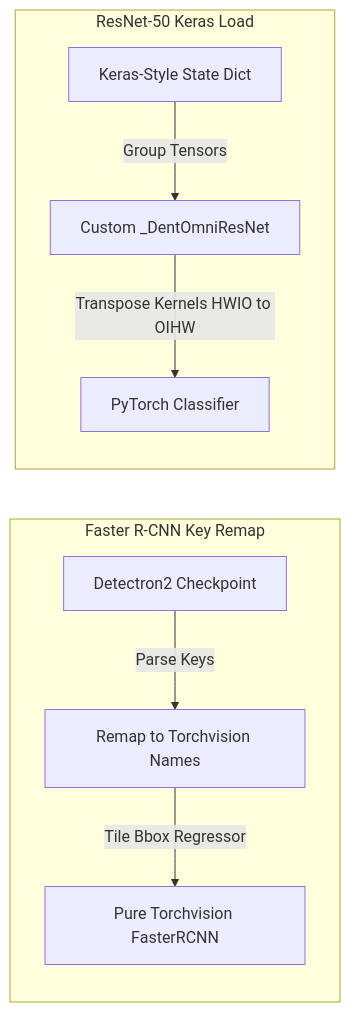
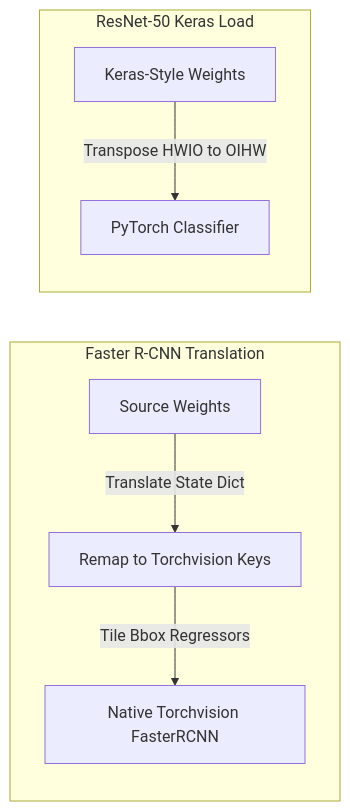
One commit to ShivankXD/DentOmni changed the second of 2 diagrams in README.md. Above: the diagram before and after it, drawn with Mermaid. The commit also changed other lines of this file, not shown here.

````diff
--- a/README.md
+++ b/README.md
@@ -76,11 +59,10 @@
 ```mermaid
 flowchart LR
-    subgraph Faster R-CNN Key Remap
-    d2[Detectron2 Checkpoint] -->|Parse Keys| map[Remap to Torchvision Names]
-    map -->|Tile Bbox Regressor| tv_frcnn[Pure Torchvision FasterRCNN]
+    subgraph Faster R-CNN Translation
+    sd[Source Weights] -->|Translate State Dict| map[Remap to Torchvision Keys]
+    map -->|Tile Bbox Regressors| tv_frcnn[Native Torchvision FasterRCNN]
     end
     subgraph ResNet-50 Keras Load
-    keras[Keras-Style State Dict] -->|Group Tensors| custom_resnet[Custom _DentOmniResNet]
-    custom_resnet -->|Transpose Kernels HWIO to OIHW| py_resnet[PyTorch Classifier]
+    keras[Keras-Style Weights] -->|Transpose HWIO to OIHW| py_resnet[PyTorch Classifier]
     end
 ```
````
